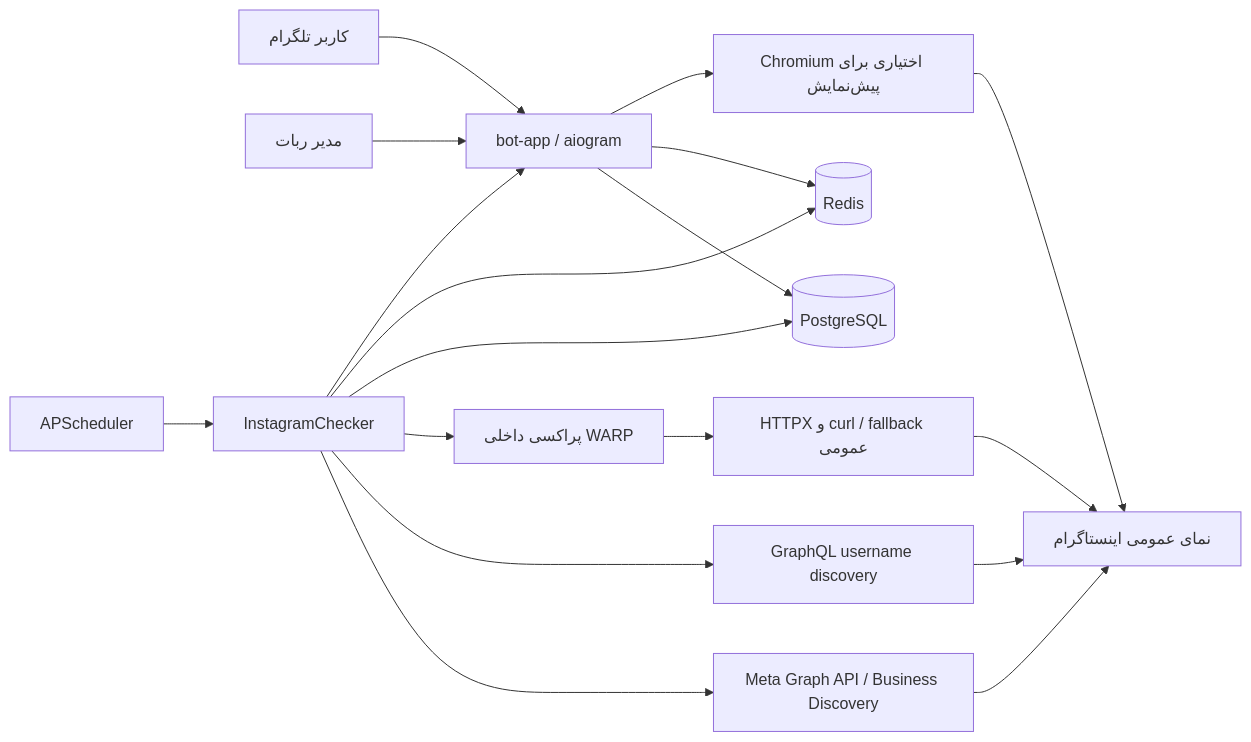
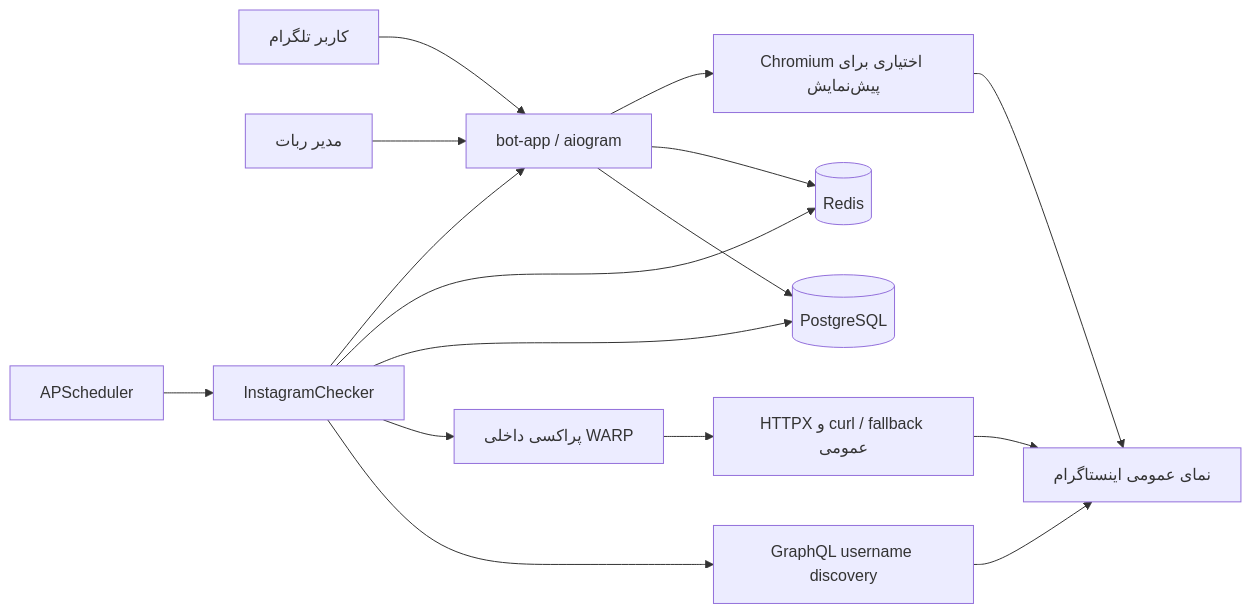
The diagram in README.md (farstar-team/farstar-warner), drawn with Mermaid before and after one commit. The commit also changed other lines of this file, not shown here.

````diff
--- a/README.md
+++ b/README.md
@@ -59,20 +63,18 @@
 ```mermaid
 flowchart LR
     U["کاربر تلگرام"] --> B["bot-app / aiogram"]
     A["مدیر ربات"] --> B
     B --> P[("PostgreSQL")]
     B --> R[("Redis")]
     S["APScheduler"] --> C["InstagramChecker"]
-    C --> M["Meta Graph API / Business Discovery"]
     C --> G["GraphQL username discovery"]
     C --> W["پراکسی داخلی WARP"]
     W --> H["HTTPX و curl / fallback عمومی"]
     B --> X["Chromium اختیاری برای پیش‌نمایش"]
-    M --> I["حساب حرفه‌ای اینستاگرام"]
     G --> I
     H --> I["نمای عمومی اینستاگرام"]
     X --> I
     C --> P
     C --> R
     C --> B
 ```
````
